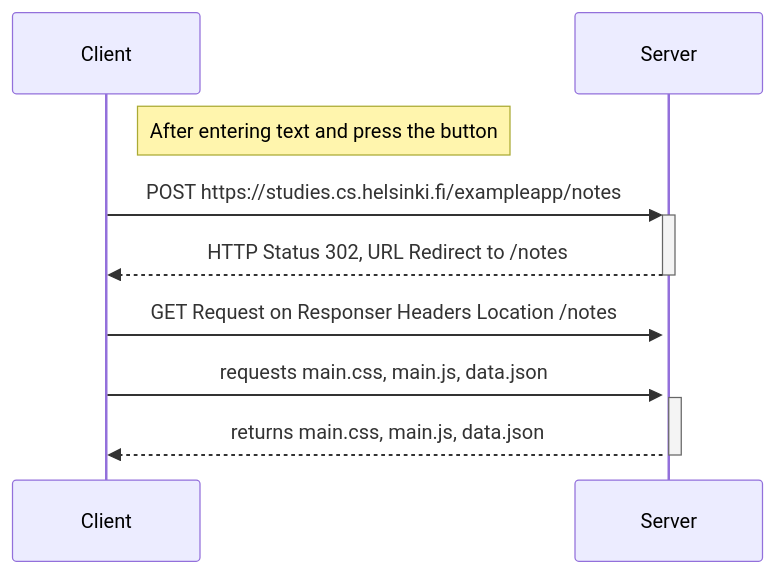
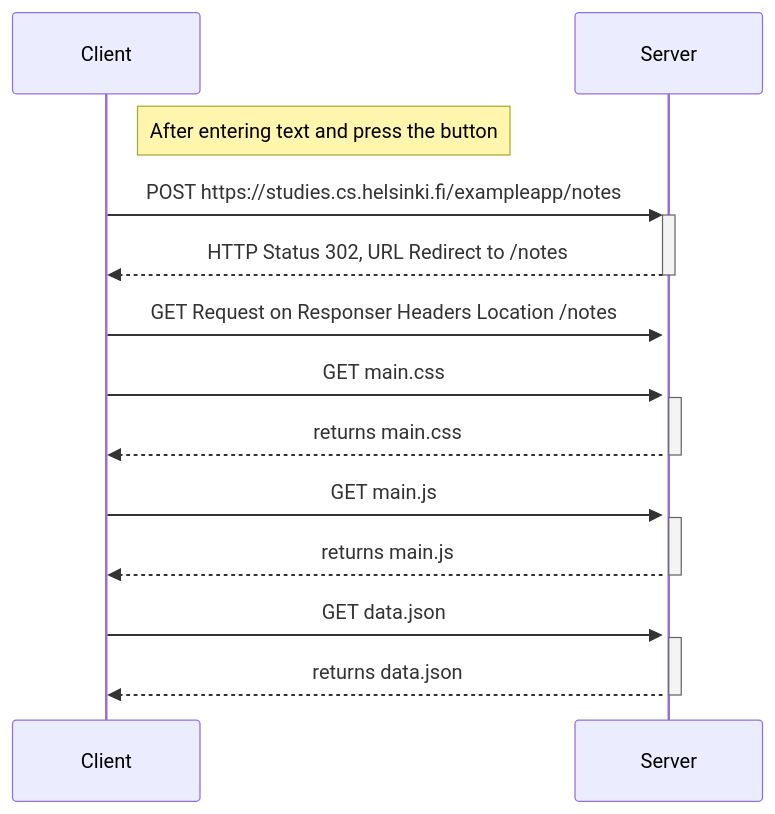
Before and after one commit to efecihanzengin/fullstackopen-part0: the diagram in README.md, drawn with Mermaid. The commit also changed other lines of this file, not shown here.

Commit message:
Update README with exercises 0.4 and 0.5 diagrams

````diff
--- a/README.md
+++ b/README.md
@@ -2,12 +2,18 @@
 ```mermaid
 sequenceDiagram
     note right of Client: After entering text and press the button
     Client->>+Server: POST https://studies.cs.helsinki.fi/exampleapp/notes
     
     Server-->>-Client: HTTP Status 302, URL Redirect to /notes
 
     Client->>+Server: GET Request on Responser Headers Location /notes
-    Client->>+Server: requests main.css, main.js, data.json
+    
+    Client->>+Server: GET main.css
+    Server-->>-Client: returns main.css
 
-    Server-->>-Client: returns main.css, main.js, data.json
+    Client->>+Server: GET main.js
+    Server-->>-Client: returns main.js
+
+    Client->>+Server: GET data.json
+    Server-->>-Client: returns data.json
 ```
````
